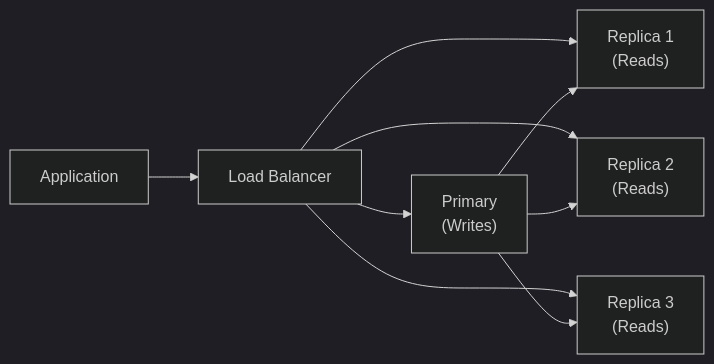
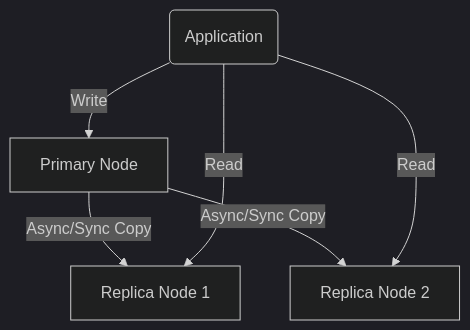
One commit to Mrnobody102/it-interview-prep changed the diagram in src/content/en/database/replication-ha.md. Above: the diagram before and after it, drawn with Mermaid (dark theme). The commit also changed other lines of this file and 18 other files, not shown here.

Commit message:
docs: comprehensive rewrite of core architecture and database fundamentals (VI & EN)

````diff
--- a/src/content/en/database/replication-ha.md
+++ b/src/content/en/database/replication-ha.md
@@ -333,19 +19,9 @@
 ```mermaid
-flowchart LR
-    App["Application"]
-    LB["Load Balancer"]
-    P["Primary<br>(Writes)"]
-    R1["Replica 1<br>(Reads)"]
-    R2["Replica 2<br>(Reads)"]
-    R3["Replica 3<br>(Reads)"]
-
-    App --> LB
-    LB --> P
-    LB --> R1
-    LB --> R2
-    LB --> R3
-
-    P --> R1
-    P --> R2
-    P --> R3
+graph TD
+    App(Application)
+    App -- Write --> P[Primary Node]
+    P -- Async/Sync Copy --> R1[Replica Node 1]
+    P -- Async/Sync Copy --> R2[Replica Node 2]
+    App -- Read --> R1
+    App -- Read --> R2
 ```
````
